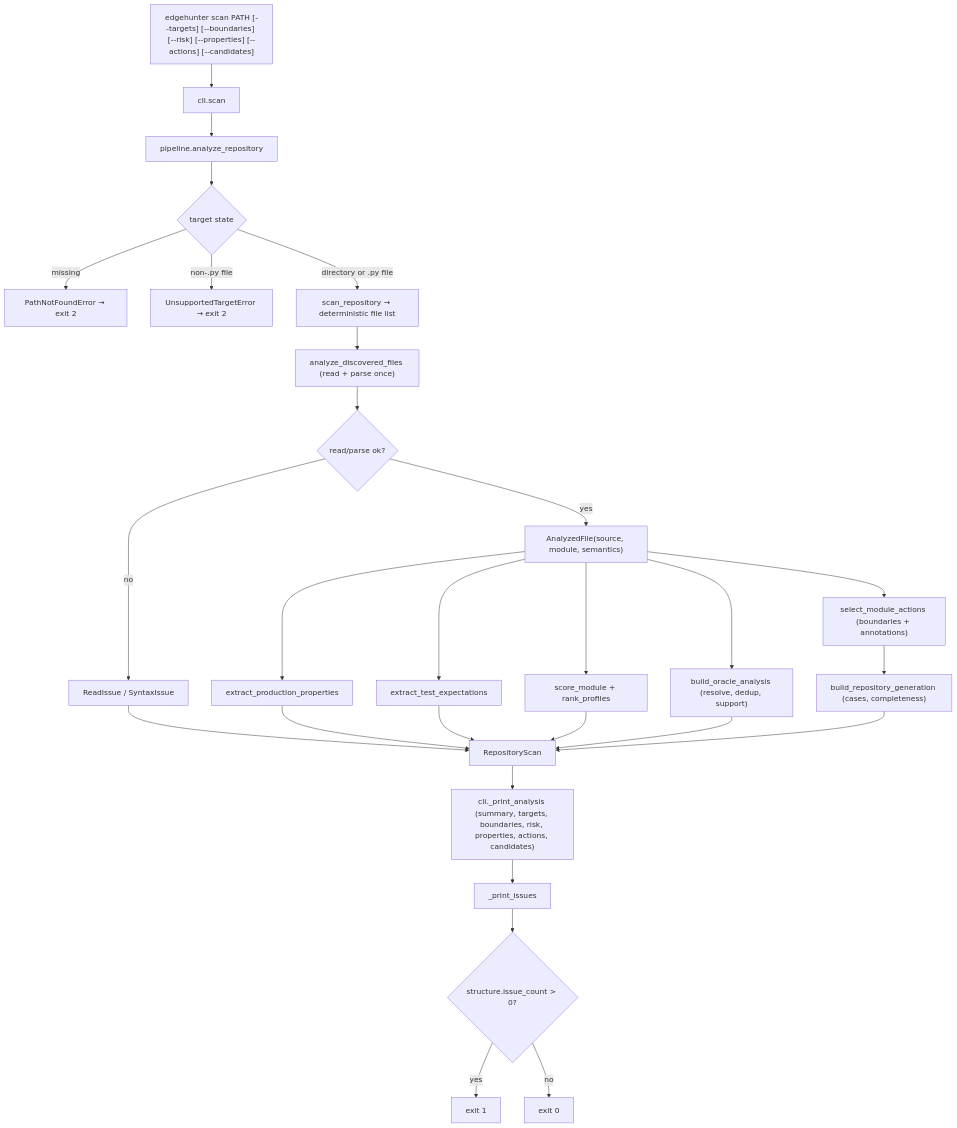
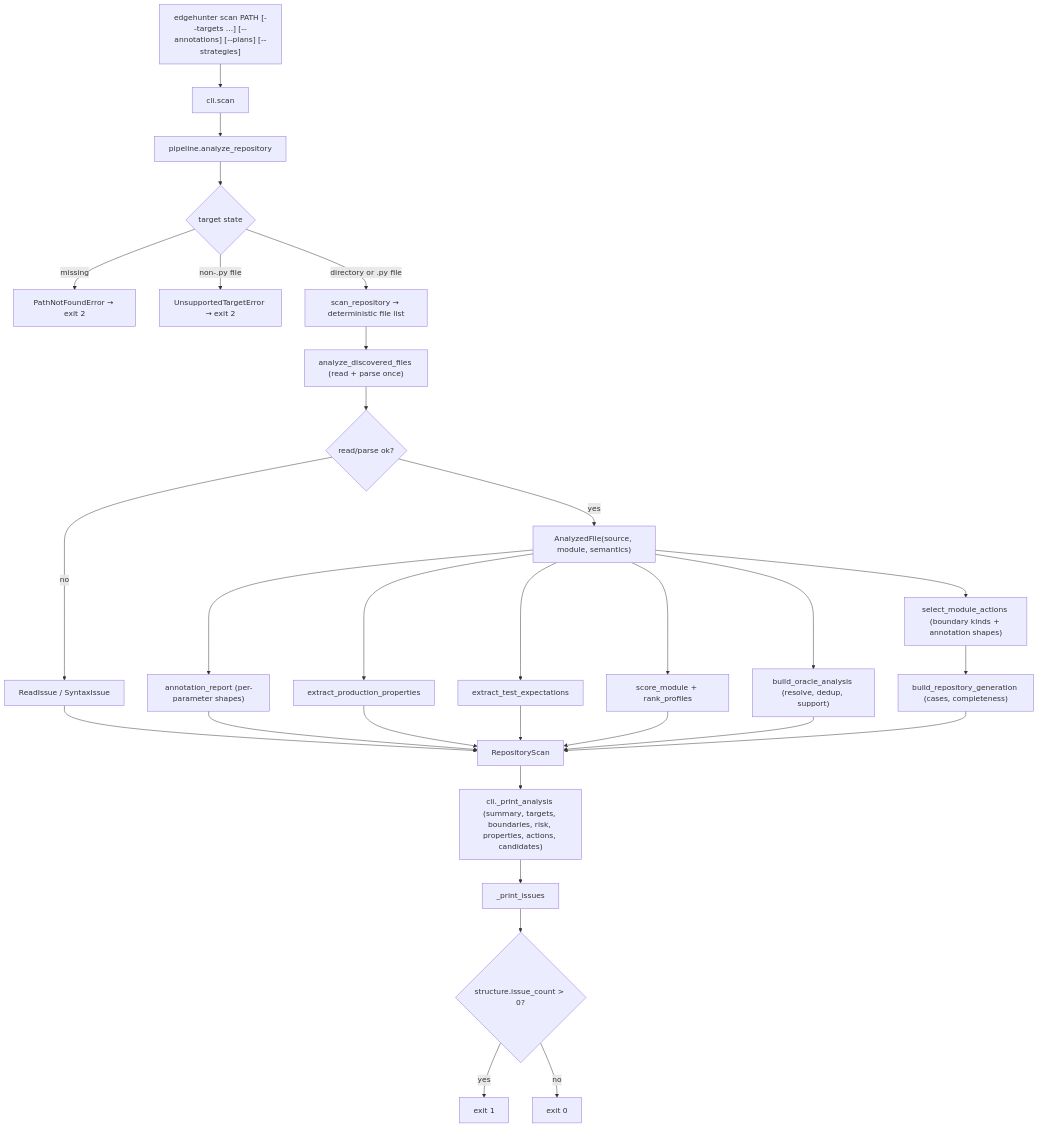
Before and after one commit to PrathamKapoor/Faultline: the diagram in flow.md, drawn with Mermaid. The commit also changed other lines of this file and 16 other files, not shown here.

````diff
--- a/flow.md
+++ b/flow.md
@@ -191,30 +255,32 @@
 ```mermaid
 flowchart TD
-    A["edgehunter scan PATH [--targets] [--boundaries] [--risk] [--properties] [--actions] [--candidates]"] --> B["cli.scan"]
+    A["edgehunter scan PATH [--targets ...] [--annotations] [--plans] [--strategies]"] --> B["cli.scan"]
     B --> C["pipeline.analyze_repository"]
     C --> D{"target state"}
     D -->|missing| E["PathNotFoundError → exit 2"]
     D -->|"non-.py file"| F["UnsupportedTargetError → exit 2"]
     D -->|"directory or .py file"| G["scan_repository → deterministic file list"]
     G --> H["analyze_discovered_files (read + parse once)"]
     H --> I{"read/parse ok?"}
     I -->|no| J["ReadIssue / SyntaxIssue"]
     I -->|yes| K["AnalyzedFile(source, module, semantics)"]
+    K --> Z["annotation_report (per-parameter shapes)"]
     K --> L["extract_production_properties"]
     K --> M["extract_test_expectations"]
     K --> N["score_module + rank_profiles"]
-    K --> O["select_module_actions (boundaries + annotations)"]
+    K --> O["select_module_actions (boundary kinds + annotation shapes)"]
     K --> P["build_oracle_analysis (resolve, dedup, support)"]
     J --> Q["RepositoryScan"]
+    Z --> Q
     L --> Q
     M --> Q
     N --> Q
     O --> R["build_repository_generation (cases, completeness)"]
     P --> Q
     R --> Q
     Q --> S["cli._print_analysis (summary, targets, boundaries, risk, properties, actions, candidates)"]
     S --> T["_print_issues"]
     T --> U{"structure.issue_count > 0?"}
     U -->|yes| V["exit 1"]
     U -->|no| W["exit 0"]
 ```
````
